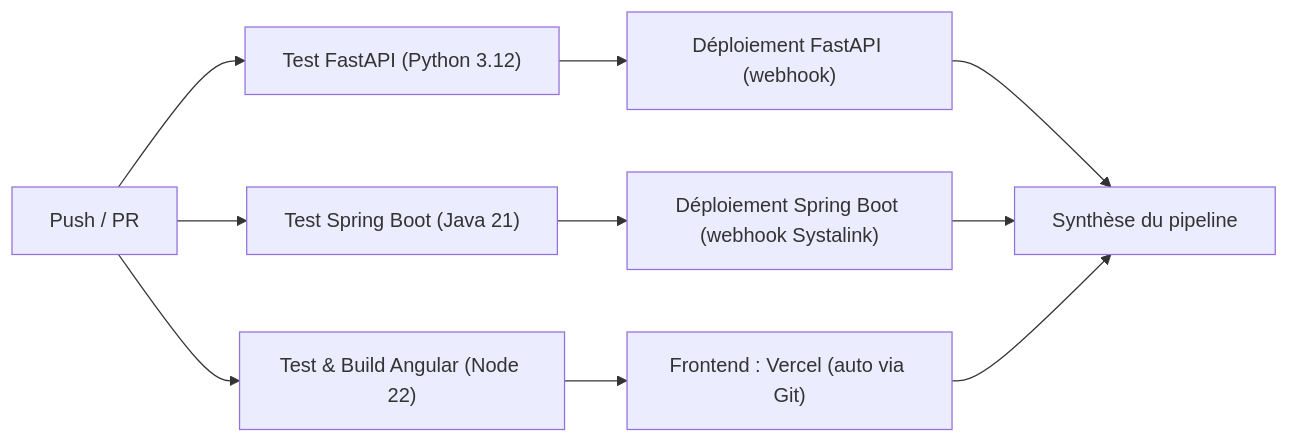
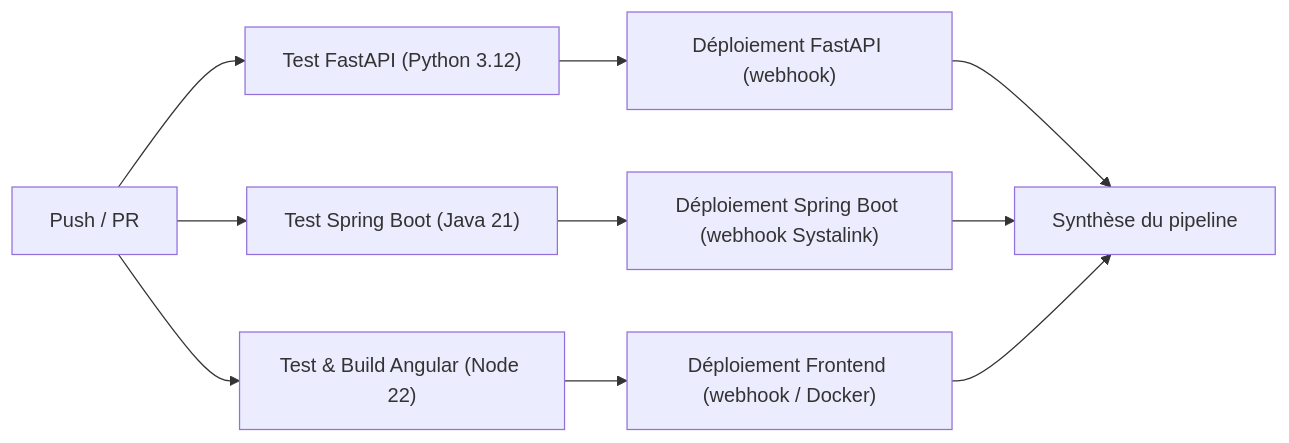
Before and after one commit to HachimouAkram/AfriDev-Hub: the diagram in README.md, drawn with Mermaid. The commit also changed other lines of this file and 3 other files, not shown here.

Commit message:
ci(deploy): supprimer vercel et integrer le deploiement conteneur docker/systalink du frontend

````diff
--- a/README.md
+++ b/README.md
@@ -913,12 +913,12 @@
 ```mermaid
 flowchart LR
     A["Push / PR"] --> B["Test FastAPI (Python 3.12)"]
     A --> C["Test Spring Boot (Java 21)"]
     A --> D["Test & Build Angular (Node 22)"]
     B --> E["Déploiement FastAPI (webhook)"]
     C --> F["Déploiement Spring Boot (webhook Systalink)"]
-    D --> G["Frontend : Vercel (auto via Git)"]
+    D --> G["Déploiement Frontend (webhook / Docker)"]
     E --> H["Synthèse du pipeline"]
     F --> H
     G --> H
 ```
````
